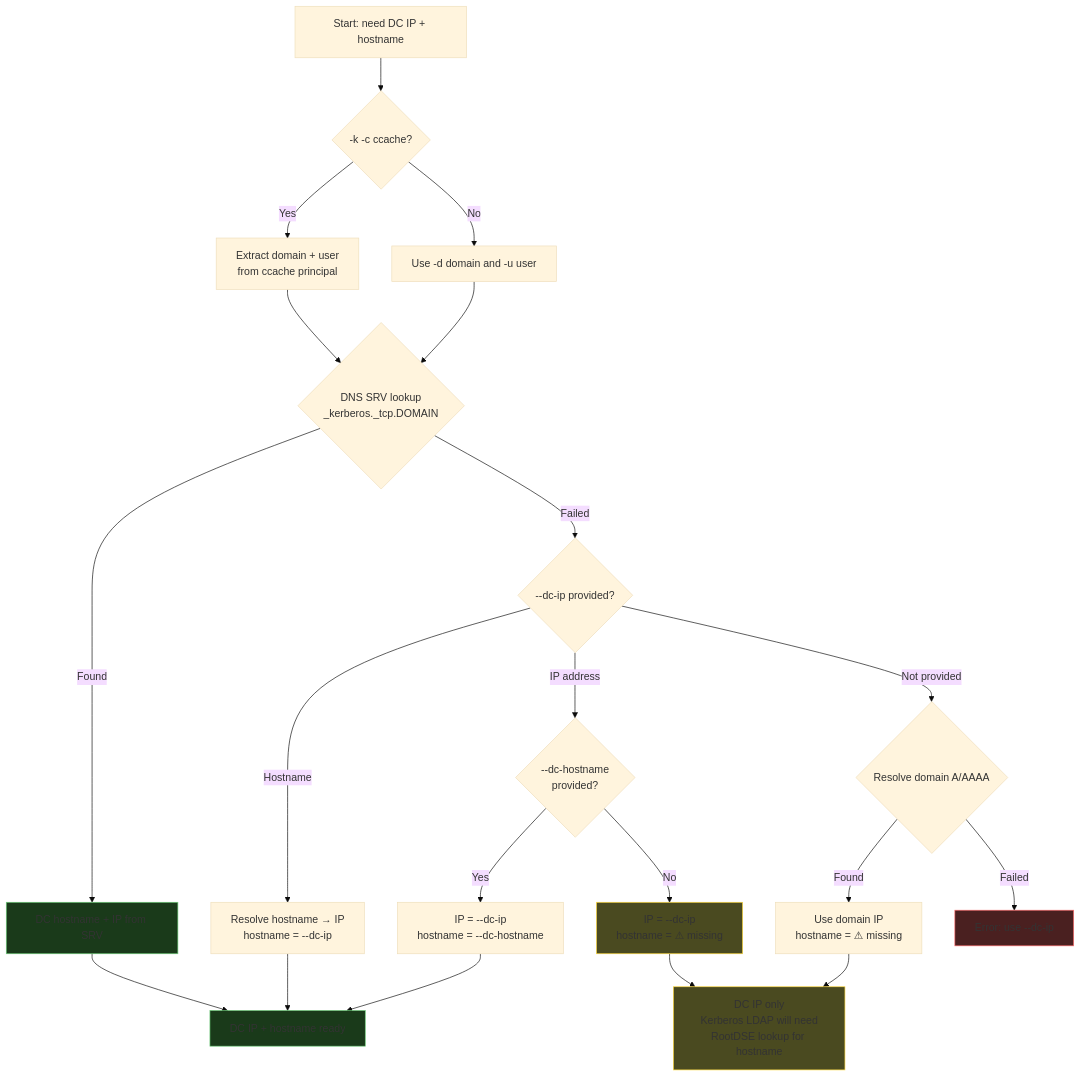
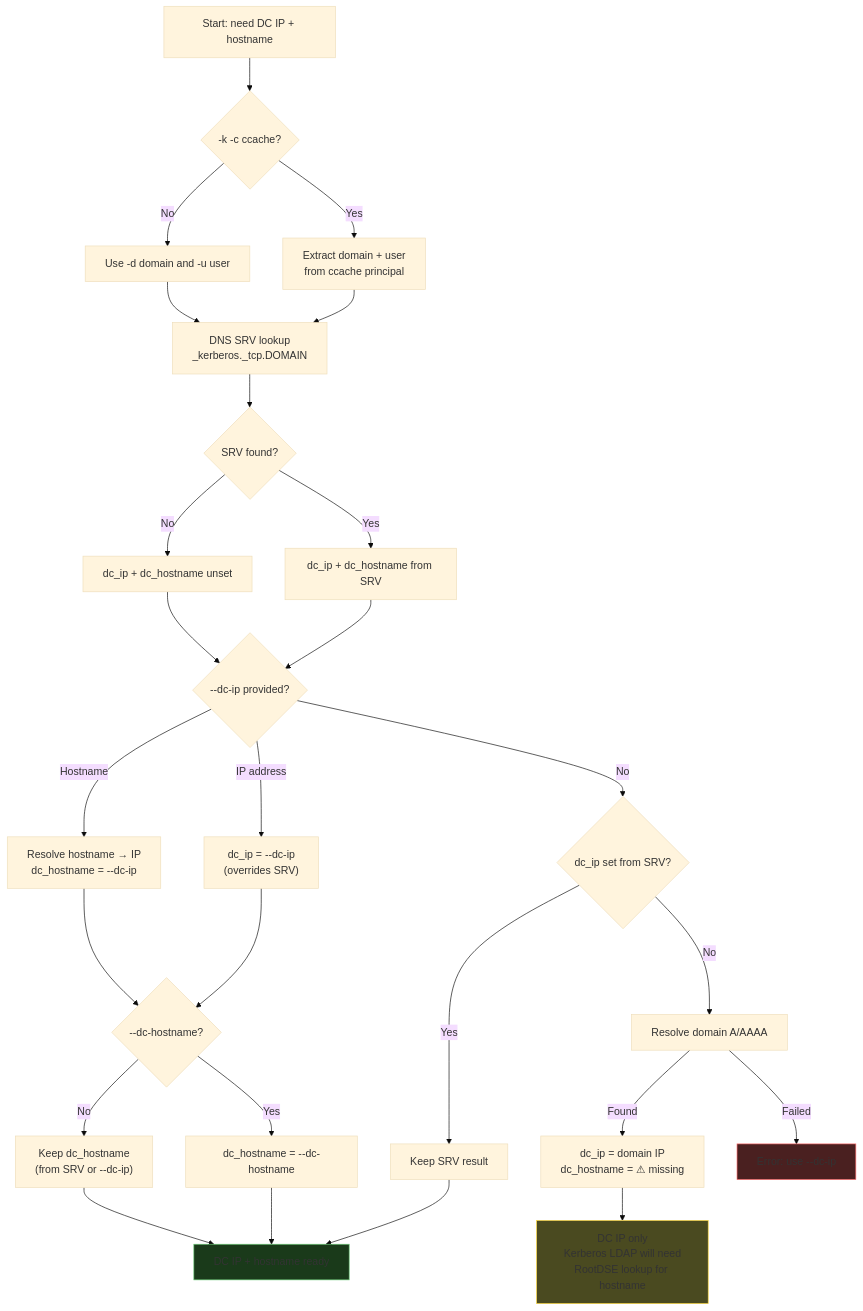
Before and after one commit to StrongWind1/KerbWolf: the third of 3 diagrams in docs/guide/index.md, drawn with Mermaid (base theme). The commit also changed other lines of this file and 2 other files, not shown here.

Commit message:
docs: fix DC resolution flowchart, John format description, iteration wording
- Fix guide/index.md flowchart: --dc-ip overrides SRV results (code
  runs SRV first, then --dc-ip always overrides at step 3), was shown
  as only checked when SRV fails
- Fix hashcat-modes.md John AS-REP RC4: show full format string
  $krb5asrep$23$checksum$edata2 instead of 'just $checksum$edata2'
- Fix encryption-types.md: clarify 39800/39900 failure mode (hash
  parses but cracking silently fails due to wrong PBKDF2 iteration
  count)

````diff
--- a/docs/guide/index.md
+++ b/docs/guide/index.md
@@ -156,32 +156,33 @@
 ```mermaid
 flowchart TD
     A["Start: need DC IP + hostname"] --> B{"-k -c ccache?"}
     B -->|Yes| C["Extract domain + user<br/>from ccache principal"]
     B -->|No| D["Use -d domain and -u user"]
 
-    C & D --> E{"DNS SRV lookup<br/>_kerberos._tcp.DOMAIN"}
-    E -->|Found| F["DC hostname + IP from SRV"]
-    E -->|Failed| G{"--dc-ip provided?"}
+    C & D --> E["DNS SRV lookup<br/>_kerberos._tcp.DOMAIN"]
+    E --> F{"SRV found?"}
+    F -->|Yes| G["dc_ip + dc_hostname from SRV"]
+    F -->|No| G2["dc_ip + dc_hostname unset"]
 
-    G -->|Hostname| I["Resolve hostname → IP<br/>hostname = --dc-ip"]
-    G -->|Not provided| J{"Resolve domain A/AAAA"}
-    G -->|IP address| H{"--dc-hostname<br/>provided?"}
+    G & G2 --> H{"--dc-ip provided?"}
+    H -->|IP address| I["dc_ip = --dc-ip<br/>(overrides SRV)"]
+    H -->|Hostname| I2["Resolve hostname → IP<br/>dc_hostname = --dc-ip"]
+    H -->|No| J{"dc_ip set from SRV?"}
 
-    H -->|Yes| H2["IP = --dc-ip<br/>hostname = --dc-hostname"]
-    H -->|No| H3["IP = --dc-ip<br/>hostname = ⚠ missing"]
+    J -->|No| K["Resolve domain A/AAAA"]
+    J -->|Yes| L["Keep SRV result"]
 
-    J -->|Found| K["Use domain IP<br/>hostname = ⚠ missing"]
-    J -->|Failed| L["Error: use --dc-ip"]
+    I & I2 --> M{"--dc-hostname?"}
+    M -->|Yes| M2["dc_hostname = --dc-hostname"]
+    M -->|No| M3["Keep dc_hostname<br/>(from SRV or --dc-ip)"]
 
-    F --> M["DC IP + hostname ready"]
-    I --> M
-    H2 --> M
-    H3 --> N["DC IP only<br/>Kerberos LDAP will need<br/>RootDSE lookup for hostname"]
-    K --> N
+    K -->|Found| N["dc_ip = domain IP<br/>dc_hostname = ⚠ missing"]
+    K -->|Failed| O["Error: use --dc-ip"]
 
-    style F fill:#1a3a1a,stroke:#6bcb77
-    style M fill:#1a3a1a,stroke:#6bcb77
-    style N fill:#4a4a20,stroke:#ffd93d
-    style L fill:#4a2020,stroke:#ff6b6b
-    style H3 fill:#4a4a20,stroke:#ffd93d
+    L & M2 & M3 --> P["DC IP + hostname ready"]
+    N --> Q["DC IP only<br/>Kerberos LDAP will need<br/>RootDSE lookup for hostname"]
+
+    style P fill:#1a3a1a,stroke:#6bcb77
+    style Q fill:#4a4a20,stroke:#ffd93d
+    style O fill:#4a2020,stroke:#ff6b6b
 ```
````
